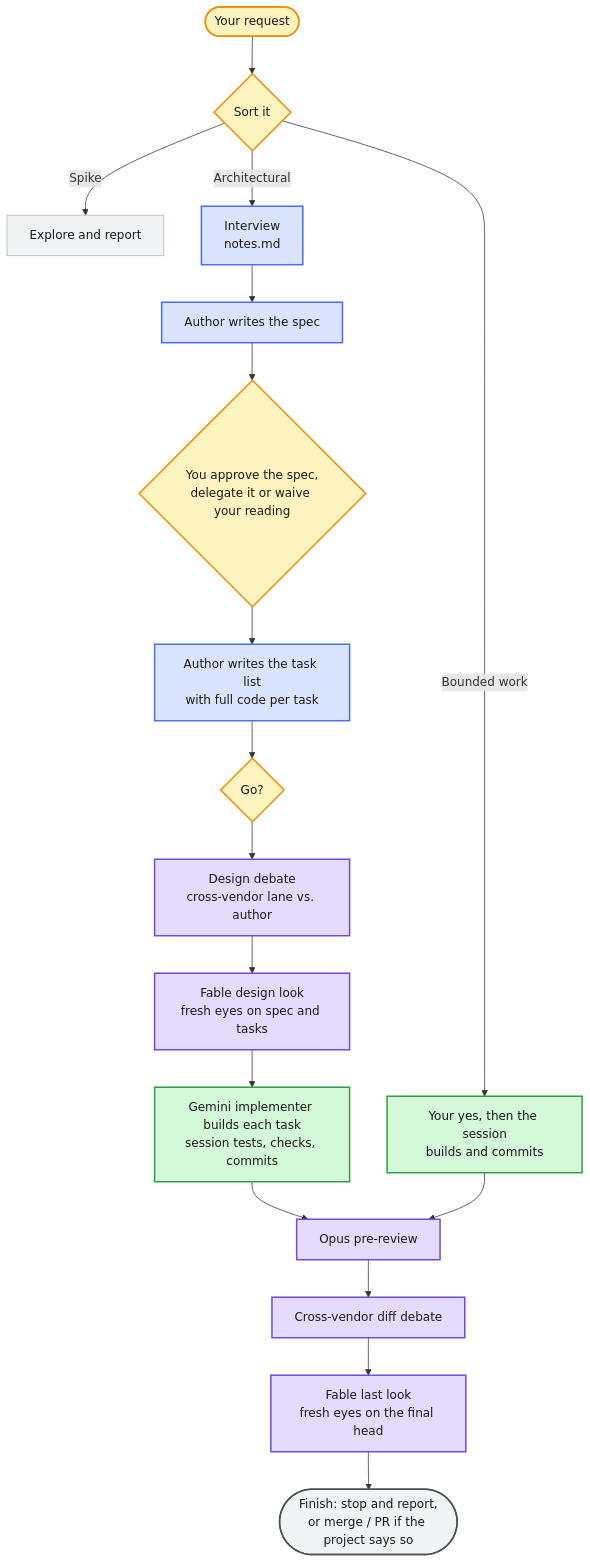
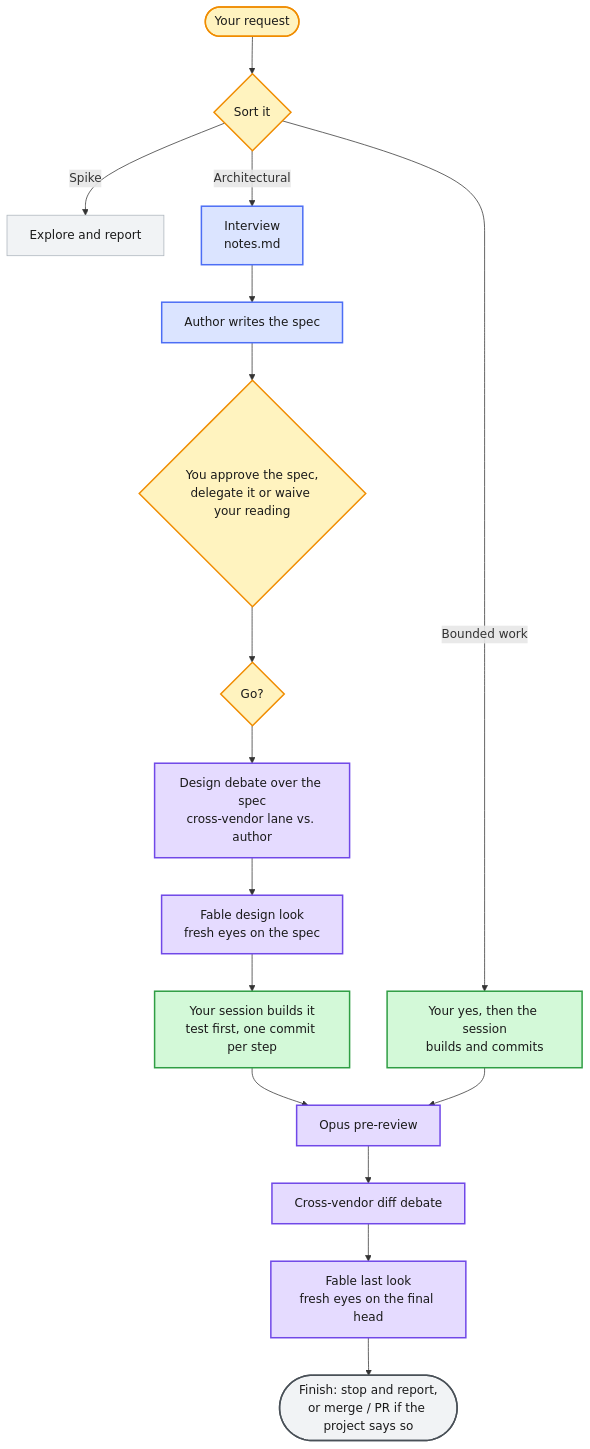
One commit to Bmwascher/parsec changed the diagram in README.md. Above: the diagram before and after it, drawn with Mermaid. The commit also changed other lines of this file and 22 other files, not shown here.

Commit message:
Step 5: skills, templates, agents, models and README describe the session's build from the spec; the backup implementer, the task-list template and the implementer contract are gone (direct-build B1, B7, B8, B11)

````diff
--- a/README.md
+++ b/README.md
@@ -69,28 +69,27 @@
 ```mermaid
 flowchart TD
     R([Your request]):::you --> C{Sort it}:::you
     C -->|Spike| SP[Explore and report]:::quiet
     C -->|Bounded work| BW[Your yes, then the session<br/>builds and commits]:::build
     C -->|Architectural| I[Interview<br/>notes.md]:::brainstorm
 
     I --> S[Author writes the spec]:::brainstorm
     S --> A{You approve the spec,<br/>delegate it or waive your reading}:::you
-    A --> T[Author writes the task list<br/>with full code per task]:::brainstorm
-    T --> G{Go?}:::you
-    G --> DD[Design debate<br/>cross-vendor lane vs. author]:::review
-    DD --> FD[Fable design look<br/>fresh eyes on spec and tasks]:::review
-    FD --> B[Gemini implementer builds each task<br/>session tests, checks, commits]:::build
+    A --> G{Go?}:::you
+    G --> DD[Design debate over the spec<br/>cross-vendor lane vs. author]:::review
+    DD --> FD[Fable design look<br/>fresh eyes on the spec]:::review
+    FD --> B[Your session builds it<br/>test first, one commit per step]:::build
 
     B --> P[Opus pre-review]:::review
     BW --> P
     P --> X[Cross-vendor diff debate]:::review
     X --> L[Fable last look<br/>fresh eyes on the final head]:::review
     L --> F([Finish: stop and report,<br/>or merge / PR if the project says so]):::done
 
     classDef you fill:#fff3bf,stroke:#f08c00,stroke-width:2px,color:#1a1a1a
     classDef brainstorm fill:#dbe4ff,stroke:#4c6ef5,stroke-width:2px,color:#1a1a1a
     classDef build fill:#d3f9d8,stroke:#2f9e44,stroke-width:2px,color:#1a1a1a
     classDef review fill:#e5dbff,stroke:#7048e8,stroke-width:2px,color:#1a1a1a
     classDef quiet fill:#f1f3f5,stroke:#adb5bd,color:#1a1a1a
     classDef done fill:#f1f3f5,stroke:#495057,stroke-width:2px,color:#1a1a1a
 ```
````
